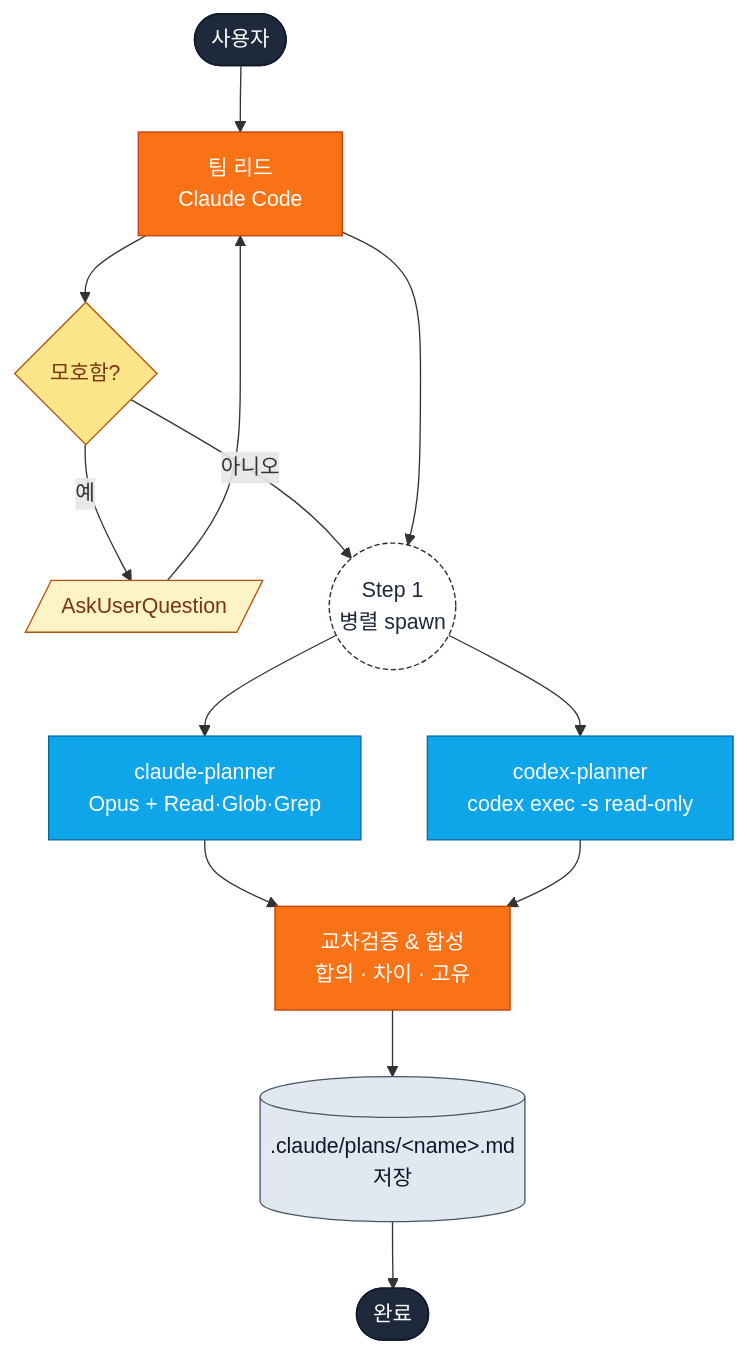
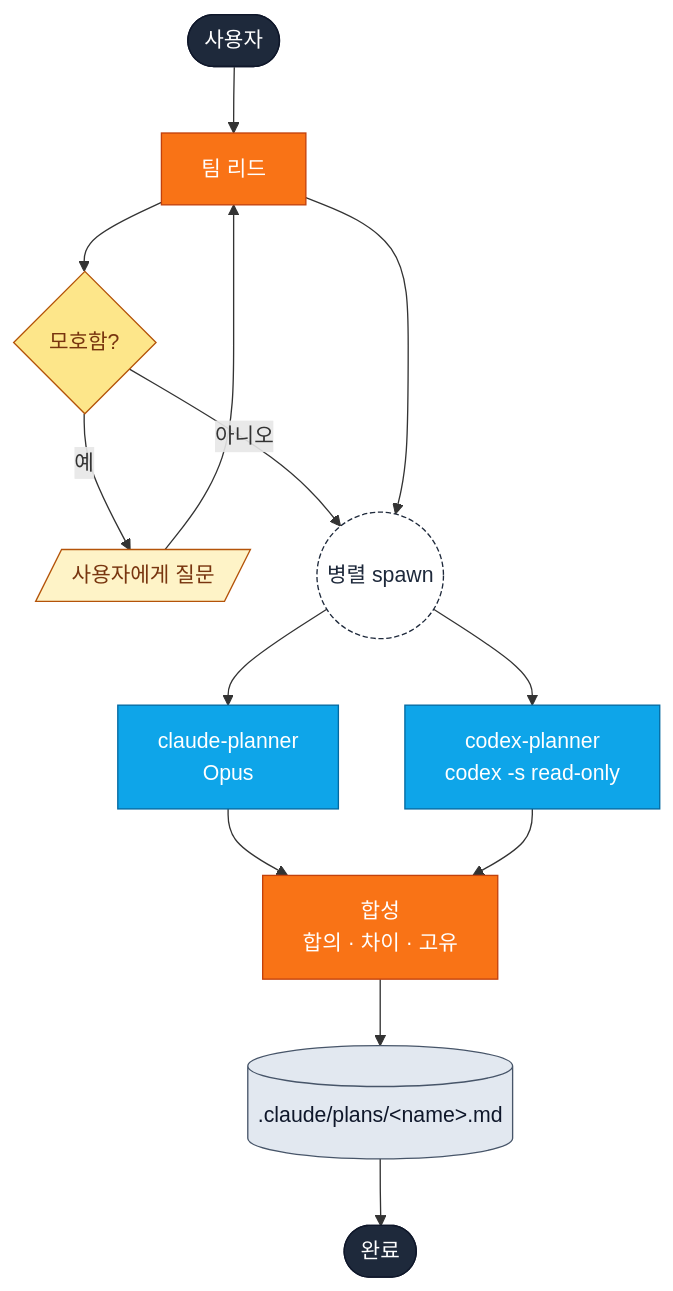
The first of 2 diagrams in docs/skills/cross-plan.ko.md (yunmango/yunmango-claude-plugins), drawn with Mermaid before and after one commit. The commit also changed other lines of this file and 9 other files, not shown here.

First line of the commit message:
docs(site): trim verbose explanations, keep diagrams + tables

````diff
--- a/docs/skills/cross-plan.ko.md
+++ b/docs/skills/cross-plan.ko.md
@@ -25,31 +19,22 @@
 ```mermaid
 flowchart TD
-    User([사용자]):::actor
-    Lead[팀 리드<br/>Claude Code]:::lead
-    Q{모호함?}:::decision
-    Ask[/AskUserQuestion/]:::io
-    CP[claude-planner<br/>Opus + Read·Glob·Grep]:::agent
-    XP[codex-planner<br/>codex exec -s read-only]:::agent
-    Merge[교차검증 &amp; 합성<br/>합의 · 차이 · 고유]:::lead
-    Save[(.claude/plans/&lt;name&gt;.md<br/>저장)]:::store
-    Done([완료]):::actor
-
-    User --> Lead
-    Lead --> Q
-    Q -- 예 --> Ask --> Lead
-    Q -- 아니오 --> Spawn(("Step 1<br/>병렬 spawn")):::fork
+    User([사용자]):::actor --> Lead[팀 리드]:::lead
+    Lead --> Q{모호함?}:::decision
+    Q -- 예 --> Ask[/사용자에게 질문/]:::io --> Lead
+    Q -- 아니오 --> Spawn(("병렬 spawn")):::fork
     Lead --> Spawn
-    Spawn --> CP
-    Spawn --> XP
-    CP --> Merge
+    Spawn --> CP[claude-planner<br/>Opus]:::agent
+    Spawn --> XP[codex-planner<br/>codex -s read-only]:::agent
+    CP --> Merge[합성<br/>합의 · 차이 · 고유]:::lead
     XP --> Merge
-    Merge --> Save --> Done
+    Merge --> Save[(.claude/plans/&lt;name&gt;.md)]:::store
+    Save --> Done([완료]):::actor
 
     classDef actor fill:#1e293b,color:#fff,stroke:#0f172a;
     classDef lead fill:#f97316,color:#fff,stroke:#c2410c;
     classDef agent fill:#0ea5e9,color:#fff,stroke:#0369a1;
     classDef decision fill:#fde68a,color:#78350f,stroke:#b45309;
     classDef io fill:#fef3c7,color:#78350f,stroke:#b45309;
     classDef store fill:#e2e8f0,color:#0f172a,stroke:#475569;
     classDef fork fill:#fff,color:#1e293b,stroke:#1e293b,stroke-dasharray: 4 2;
 ```
````
